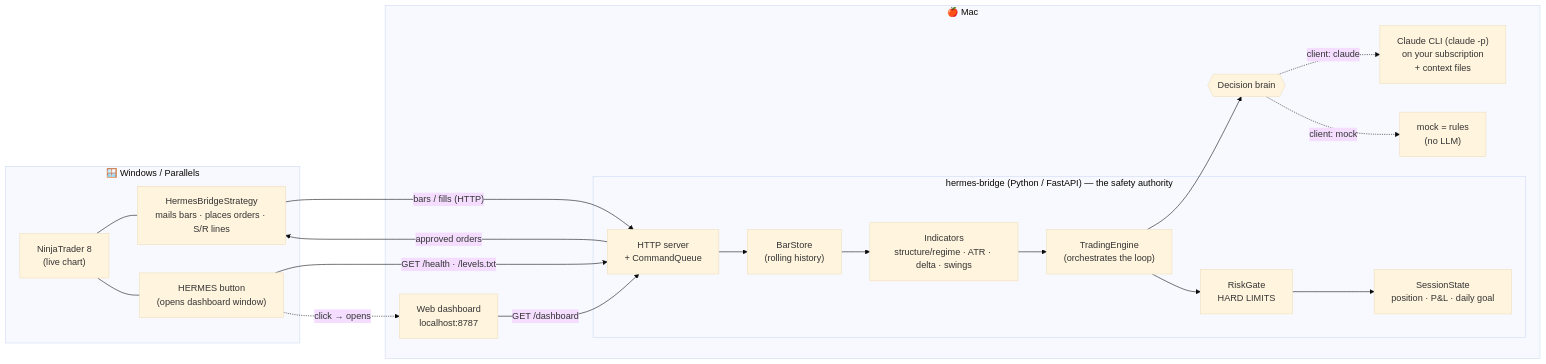
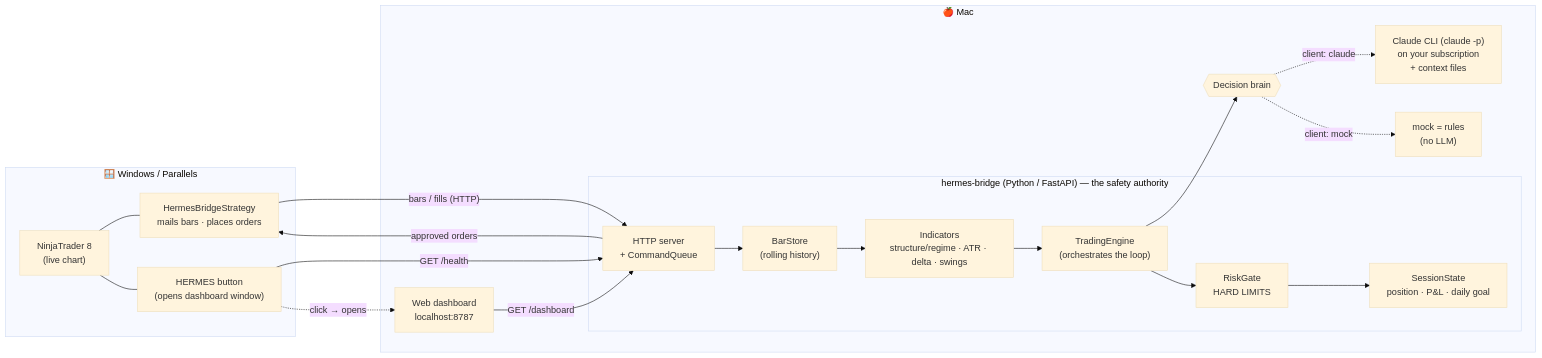
Before and after one commit to rrhodeswebdev/hermes-agent-nt: the first of 3 diagrams in docs/WALKTHROUGH.md, drawn with Mermaid (base theme). The commit also changed other lines of this file and 26 other files, not shown here.

````diff
--- a/docs/WALKTHROUGH.md
+++ b/docs/WALKTHROUGH.md
@@ -42,36 +42,36 @@
 ```mermaid
 flowchart LR
     subgraph WIN["🪟 Windows / Parallels"]
         NT["NinjaTrader 8<br/>(live chart)"]
-        STRAT["HermesBridgeStrategy<br/>mails bars · places orders · S/R lines"]
+        STRAT["HermesBridgeStrategy<br/>mails bars · places orders"]
         PANEL["HERMES button<br/>(opens dashboard window)"]
         NT --- STRAT
         NT --- PANEL
     end
 
     subgraph MAC["🍎 Mac"]
         subgraph BR["hermes-bridge (Python / FastAPI) — the safety authority"]
             SRV["HTTP server<br/>+ CommandQueue"]
             STORE["BarStore<br/>(rolling history)"]
             IND["Indicators<br/>structure/regime · ATR · delta · swings"]
             ENG["TradingEngine<br/>(orchestrates the loop)"]
             SESS["SessionState<br/>position · P&amp;L · daily goal"]
             RISK["RiskGate<br/>HARD LIMITS"]
         end
         BRAIN{{"Decision brain"}}
         MOCK["mock = rules<br/>(no LLM)"]
         CLAUDE["Claude CLI (claude -p)<br/>on your subscription<br/>+ context files"]
         WEB["Web dashboard<br/>localhost:8787"]
     end
 
     STRAT -- "bars / fills (HTTP)" --> SRV
     SRV -- "approved orders" --> STRAT
     SRV --> STORE --> IND --> ENG
     ENG --> BRAIN
     BRAIN -. "client: claude" .-> CLAUDE
     BRAIN -. "client: mock" .-> MOCK
     ENG --> RISK --> SESS
-    PANEL -- "GET /health · /levels.txt" --> SRV
+    PANEL -- "GET /health" --> SRV
     PANEL -. "click → opens" .-> WEB
     WEB -- "GET /dashboard" --> SRV
 ```
````
